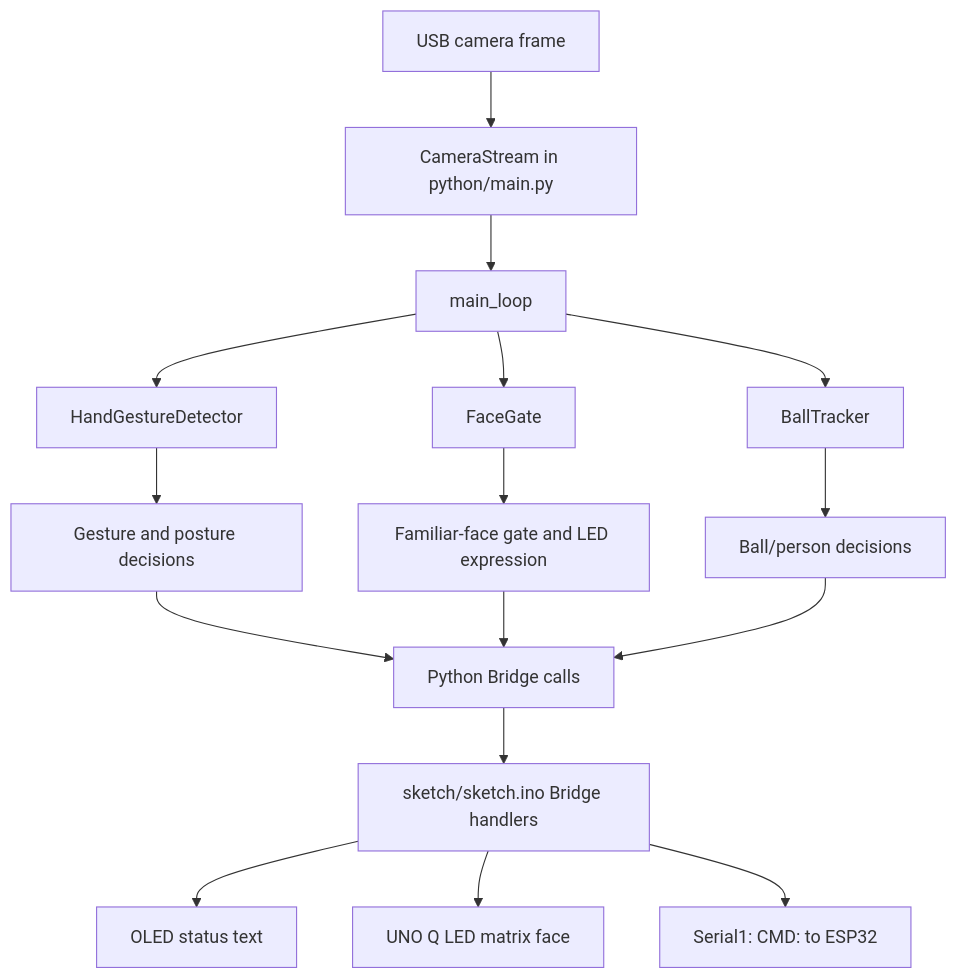
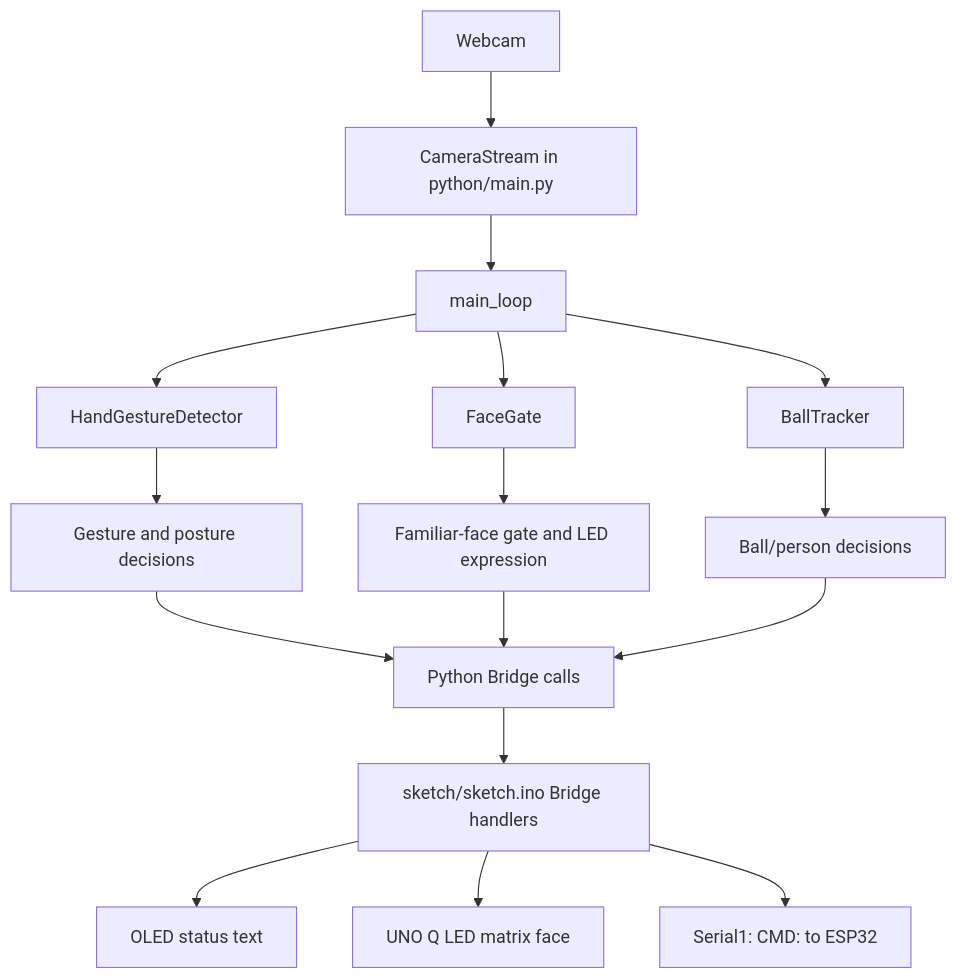
The diagram in docs/system-structure-dataflow.md (BenYogesh/RoboDog), drawn with Mermaid before and after one commit. The commit also changed other lines of this file, not shown here.

````diff
--- a/docs/system-structure-dataflow.md
+++ b/docs/system-structure-dataflow.md
@@ -21,18 +11,18 @@
 ```mermaid
 flowchart TD
-    Camera["USB camera frame"] --> Stream["CameraStream in python/main.py"]
+    Camera["Webcam"] --> Stream["CameraStream in python/main.py"]
     Stream --> Loop["main_loop"]
     Loop --> Hands["HandGestureDetector"]
     Loop --> Face["FaceGate"]
     Loop --> Ball["BallTracker"]
     Hands --> Decide["Gesture and posture decisions"]
     Face --> Gate["Familiar-face gate and LED expression"]
     Ball --> Chase["Ball/person decisions"]
     Decide --> Bridge["Python Bridge calls"]
     Gate --> Bridge
     Chase --> Bridge
     Bridge --> Sketch["sketch/sketch.ino Bridge handlers"]
     Sketch --> OLED["OLED status text"]
     Sketch --> Matrix["UNO Q LED matrix face"]
     Sketch --> UART["Serial1: CMD:<char> to ESP32"]
 ```
````
